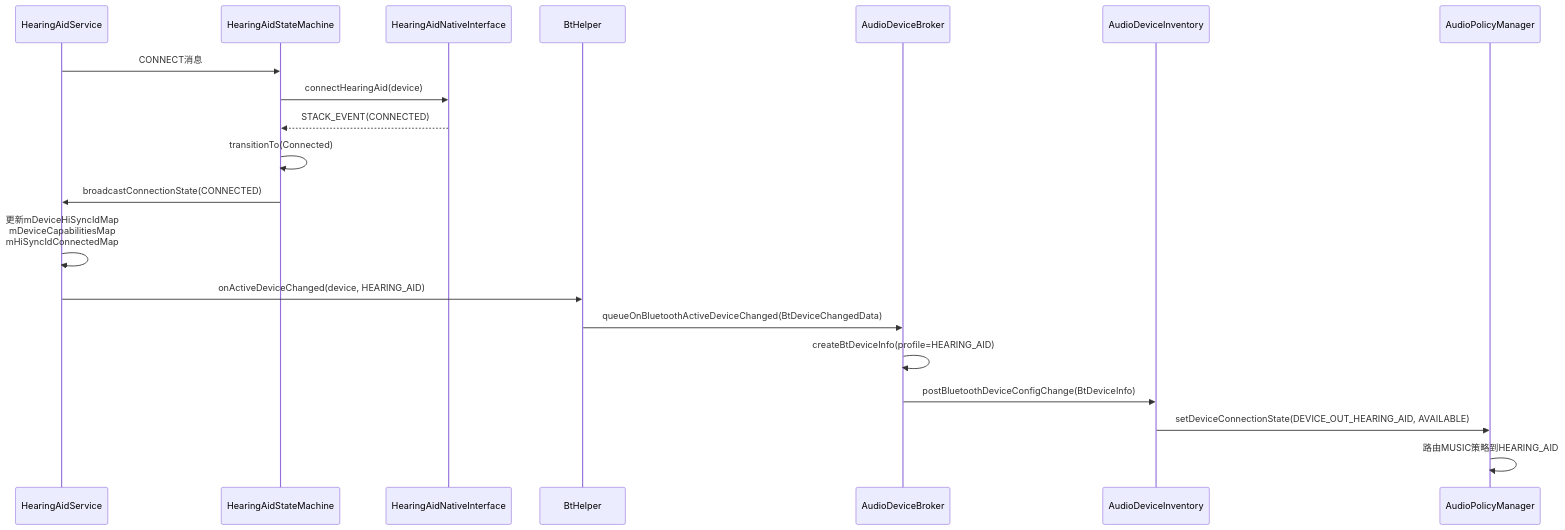
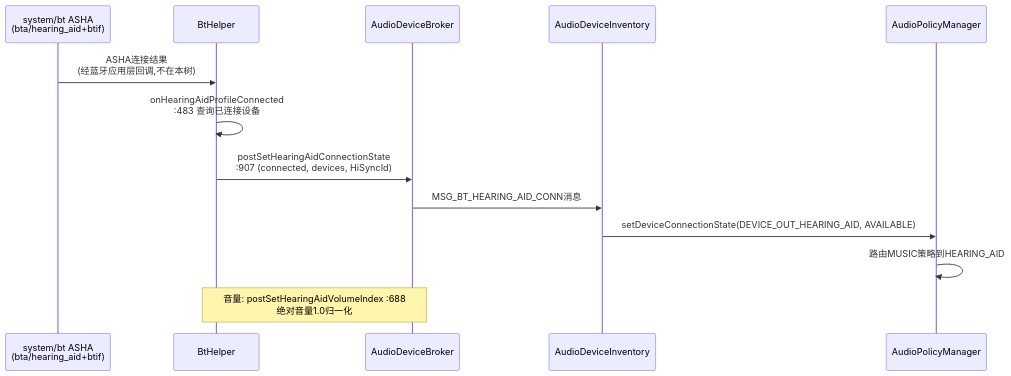
One commit to yanglinzhen1022/SA8295_AAOS_QNX_Audio_KnowledgeBase changed the fifth of 7 diagrams in 14_Bluetooth_Audio/14_14.5_Hearing_Aid-助听器.md. Above: the diagram before and after it, drawn with Mermaid. The commit also changed other lines of this file and 11 other files, not shown here.

````diff
--- a/14_Bluetooth_Audio/14_14.5_Hearing_Aid-助听器.md
+++ b/14_Bluetooth_Audio/14_14.5_Hearing_Aid-助听器.md
@@ -155,23 +146,16 @@
 ```mermaid
 sequenceDiagram
-    participant HA as HearingAidService
-    participant SM as HearingAidStateMachine
-    participant NI as HearingAidNativeInterface
+    participant BT as system/bt ASHA<br>(bta/hearing_aid+btif)
     participant BTH as BtHelper
     participant ADB as AudioDeviceBroker
     participant ADI as AudioDeviceInventory
     participant APM as AudioPolicyManager
 
-    HA->>SM: CONNECT消息
-    SM->>NI: connectHearingAid(device)
-    NI-->>SM: STACK_EVENT(CONNECTED)
-    SM->>SM: transitionTo(Connected)
-    SM->>HA: broadcastConnectionState(CONNECTED)
-    HA->>HA: 更新mDeviceHiSyncIdMap<br>mDeviceCapabilitiesMap<br>mHiSyncIdConnectedMap
-    HA->>BTH: onActiveDeviceChanged(device, HEARING_AID)
-    BTH->>ADB: queueOnBluetoothActiveDeviceChanged(BtDeviceChangedData)
-    ADB->>ADB: createBtDeviceInfo(profile=HEARING_AID)
-    ADB->>ADI: postBluetoothDeviceConfigChange(BtDeviceInfo)
+    BT->>BTH: ASHA连接结果<br>(经蓝牙应用层回调,不在本树)
+    BTH->>BTH: onHearingAidProfileConnected<br>:483 查询已连接设备
+    BTH->>ADB: postSetHearingAidConnectionState<br>:907 (connected, devices, HiSyncId)
+    ADB->>ADI: MSG_BT_HEARING_AID_CONN消息
     ADI->>APM: setDeviceConnectionState(DEVICE_OUT_HEARING_AID, AVAILABLE)
     APM->>APM: 路由MUSIC策略到HEARING_AID
+    Note over BTH,ADB: 音量: postSetHearingAidVolumeIndex :688<br>绝对音量1.0归一化
 ```
````
